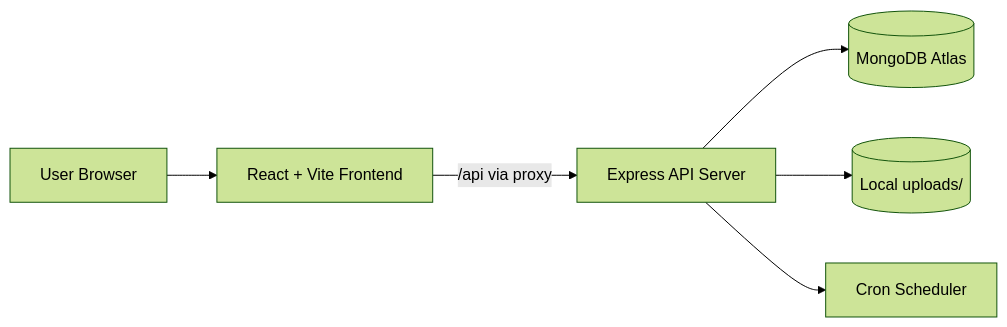
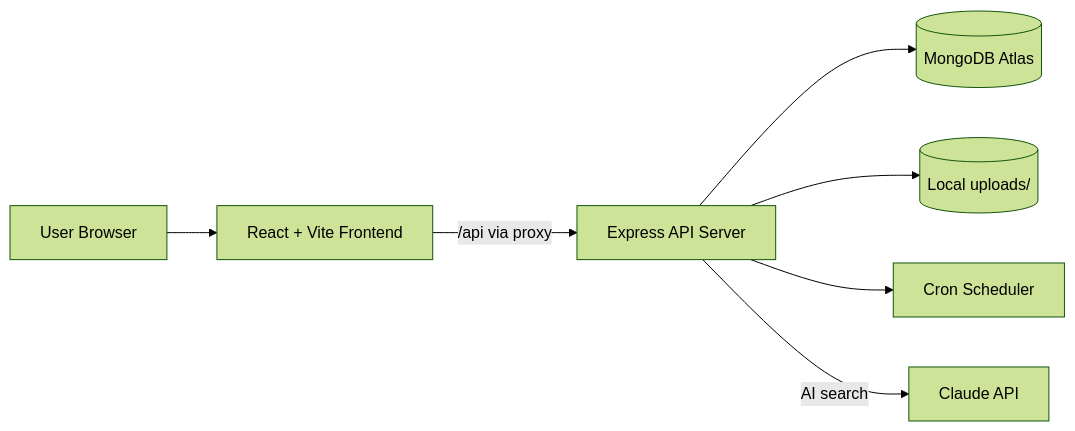
One commit to printyja/fleet-manager changed the diagram in README.md. Above: the diagram before and after it, drawn with Mermaid (forest theme). The commit also changed other lines of this file and 6 other files, not shown here.

````diff
--- a/README.md
+++ b/README.md
@@ -83,8 +97,9 @@
 ```mermaid
 flowchart LR
   U[User Browser] --> F[React + Vite Frontend]
   F -->|/api via proxy| B[Express API Server]
   B --> M[(MongoDB Atlas)]
   B --> FS[(Local uploads/)]
   B --> C[Cron Scheduler]
+  B -->|AI search| A[Claude API]
 ```
````
